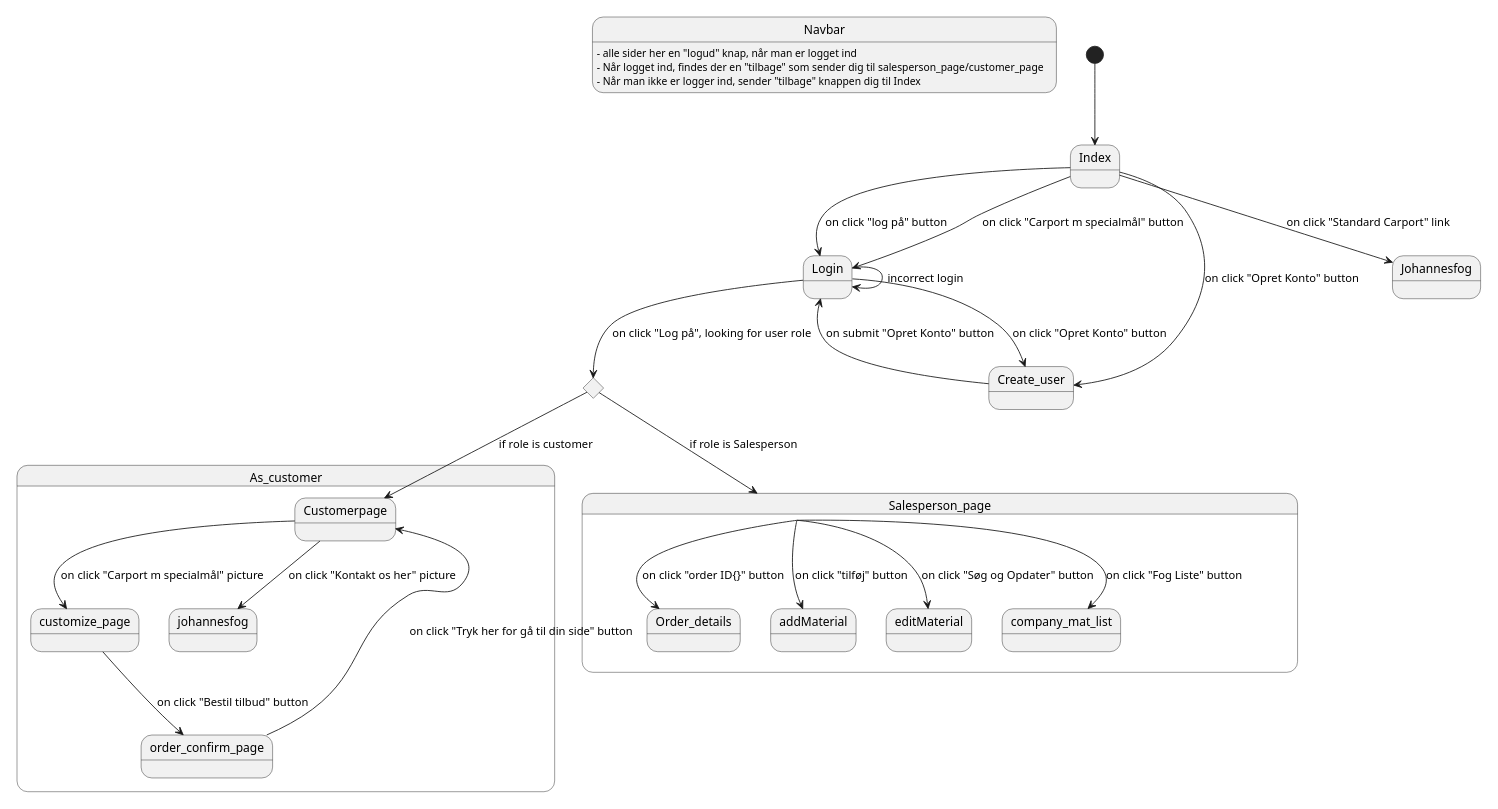
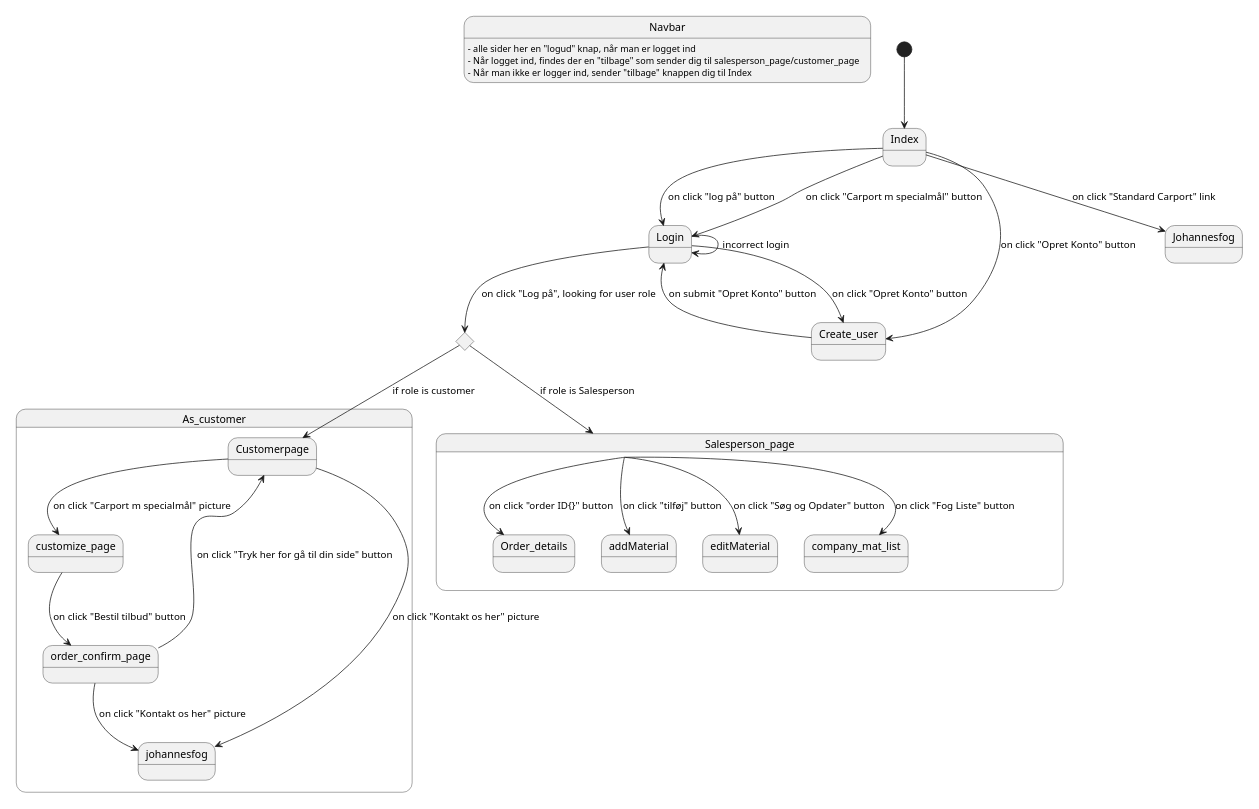
One commit to FruSchwencke/Fog_2024 changed the diagram in src/main/resources/persistance/NavigationProjectEnd.puml. Above: the diagram before and after it, drawn with PlantUML. The commit also changed 6 other files, not shown here.

```diff
--- a/src/main/resources/persistance/NavigationProjectEnd.puml
+++ b/src/main/resources/persistance/NavigationProjectEnd.puml
@@ -1,48 +1,49 @@
 @startuml
 'https://plantuml.com/state-diagram
 
 scale 500 width
 scale 500 height
 
 
 state Navbar:   - alle sider her en "logud" knap, når man er logget ind
 state Navbar :  - Når logget ind, findes der en "tilbage" som sender dig til salesperson_page/customer_page
 state Navbar :  - Når man ikke er logger ind, sender "tilbage" knappen dig til Index
 
 [*] --> Index
 Index --> Login : on click "log på" button
 Index --> Create_user : on click "Opret Konto" button
 Index --> Johannesfog : on click "Standard Carport" link
 Index --> Login :on click "Carport m specialmål" button
 
 Create_user --> Login : on submit "Opret Konto" button
 Login --> Create_user : on click "Opret Konto" button
 Login --> Login : incorrect login
 
 
 
 state c <<choice>>
 Login --> c : on click "Log på", looking for user role
 state As_customer {
 c --> Customerpage :if role is customer
 Customerpage --> customize_page : on click "Carport m specialmål" picture
 Customerpage --> johannesfog : on click "Kontakt os her" picture
 customize_page --> order_confirm_page : on click "Bestil tilbud" button
 order_confirm_page --> Customerpage : on click "Tryk her for gå til din side" button
+order_confirm_page --> johannesfog : on click "Kontakt os her" picture
 }
 state Salesperson_page {
 c --> Salesperson_page : if role is Salesperson
 Salesperson_page --> Order_details : on click "order ID{}" button
 Salesperson_page --> addMaterial : on click "tilføj" button
 Salesperson_page --> editMaterial : on click "Søg og Opdater" button
 Salesperson_page --> company_mat_list : on click "Fog Liste" button
 
 }
 
 
 
 
 
 
 
 @enduml
```
